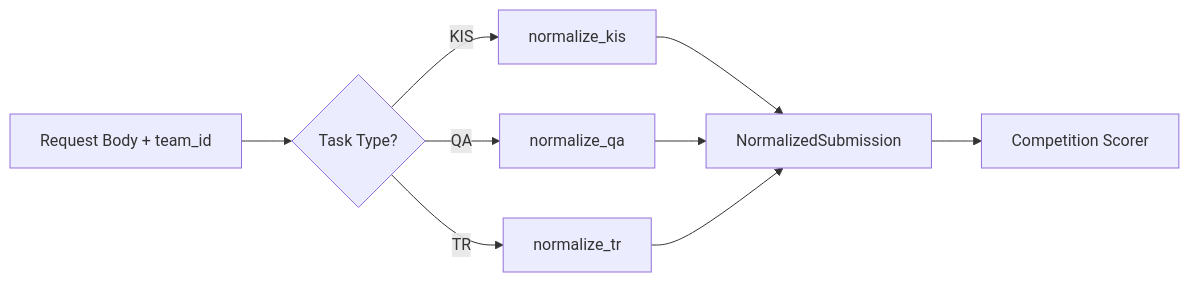
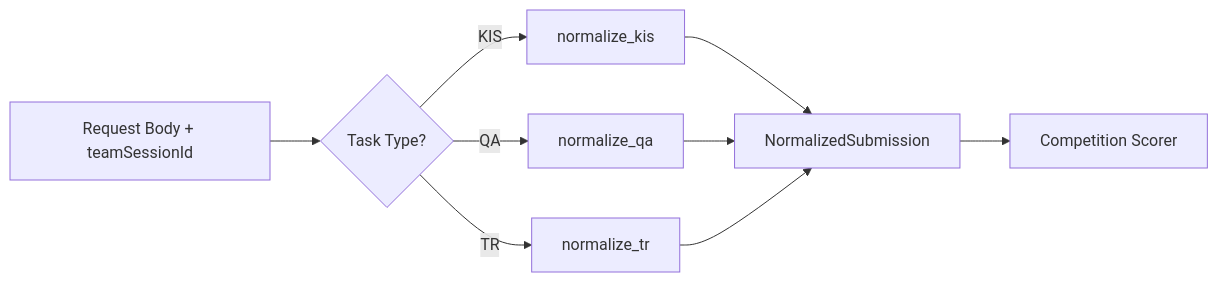
One commit to finalFlash159/mock-server-scoring-api-for-AIC-VBS changed the fifth of 8 diagrams in docs/system-design.md. Above: the diagram before and after it, drawn with Mermaid. The commit also changed other lines of this file and 2 other files, not shown here.

````diff
--- a/docs/system-design.md
+++ b/docs/system-design.md
@@ -425,11 +428,11 @@
 ```mermaid
 flowchart LR
-    A[Request Body + team_id] --> B{Task Type?}
+    A[Request Body + teamSessionId] --> B{Task Type?}
     B -->|KIS| C[normalize_kis]
     B -->|QA| D[normalize_qa]
     B -->|TR| E[normalize_tr]
     C --> F[NormalizedSubmission]
     D --> F
     E --> F
     F --> G[Competition Scorer]
 ```
````
